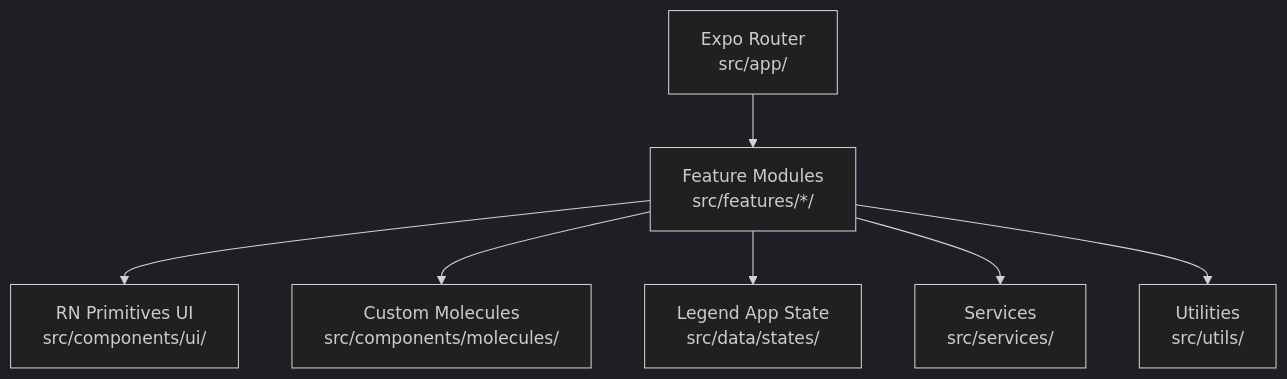
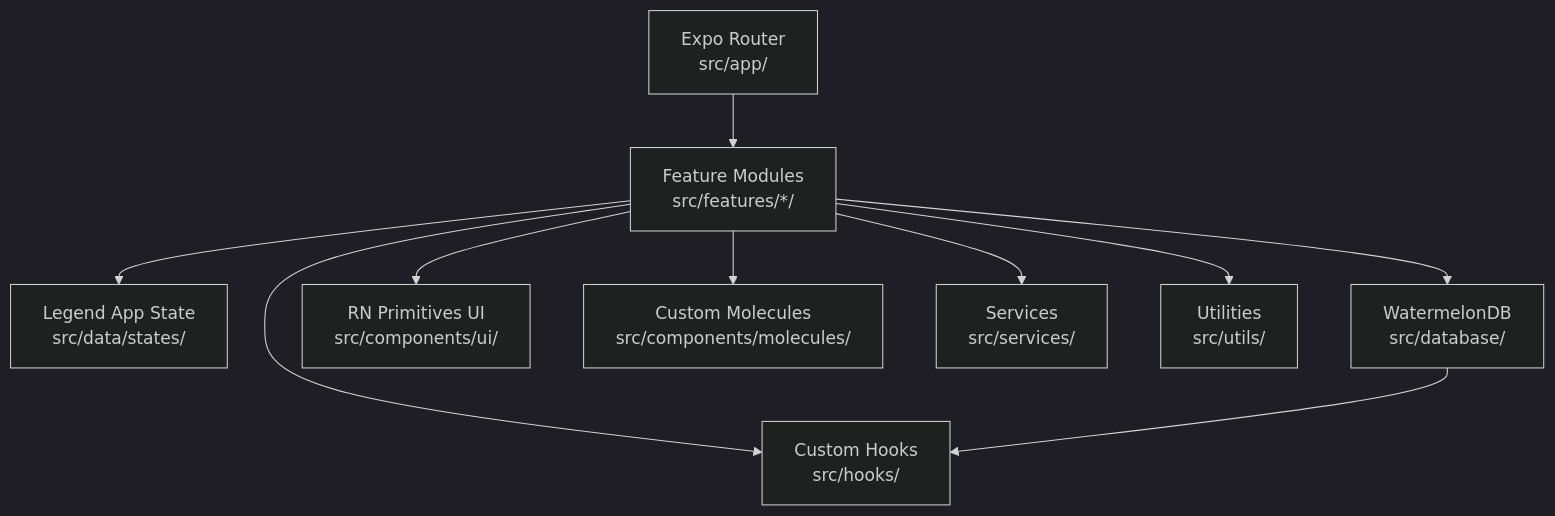
Before and after one commit to karllasouzza/PowerLists: the second of 7 diagrams in .qoder/repowiki/en/content/Development Guidelines.md, drawn with Mermaid (dark theme). The commit also changed other lines of this file and 5 other files, not shown here.

First line of the commit message:
docs(database): add comprehensive WatermelonDB integration and migrate state management

````diff
--- a/.qoder/repowiki/en/content/Development Guidelines.md
+++ b/.qoder/repowiki/en/content/Development Guidelines.md
@@ -219,16 +249,21 @@
 ```mermaid
 graph TB
 ROUTER["Expo Router<br/>src/app/"]
 FEATURES["Feature Modules<br/>src/features/*/"]
 STATE["Legend App State<br/>src/data/states/"]
+DATABASE["WatermelonDB<br/>src/database/"]
 PRIMITIVES["RN Primitives UI<br/>src/components/ui/"]
 CUSTOM_MOLECULES["Custom Molecules<br/>src/components/molecules/"]
 SERVICES["Services<br/>src/services/"]
 UTILS["Utilities<br/>src/utils/"]
+HOOKS["Custom Hooks<br/>src/hooks/"]
 ROUTER --> FEATURES
 FEATURES --> PRIMITIVES
 FEATURES --> CUSTOM_MOLECULES
 FEATURES --> STATE
+FEATURES --> DATABASE
 FEATURES --> SERVICES
 FEATURES --> UTILS
+FEATURES --> HOOKS
+DATABASE --> HOOKS
 ```
````
